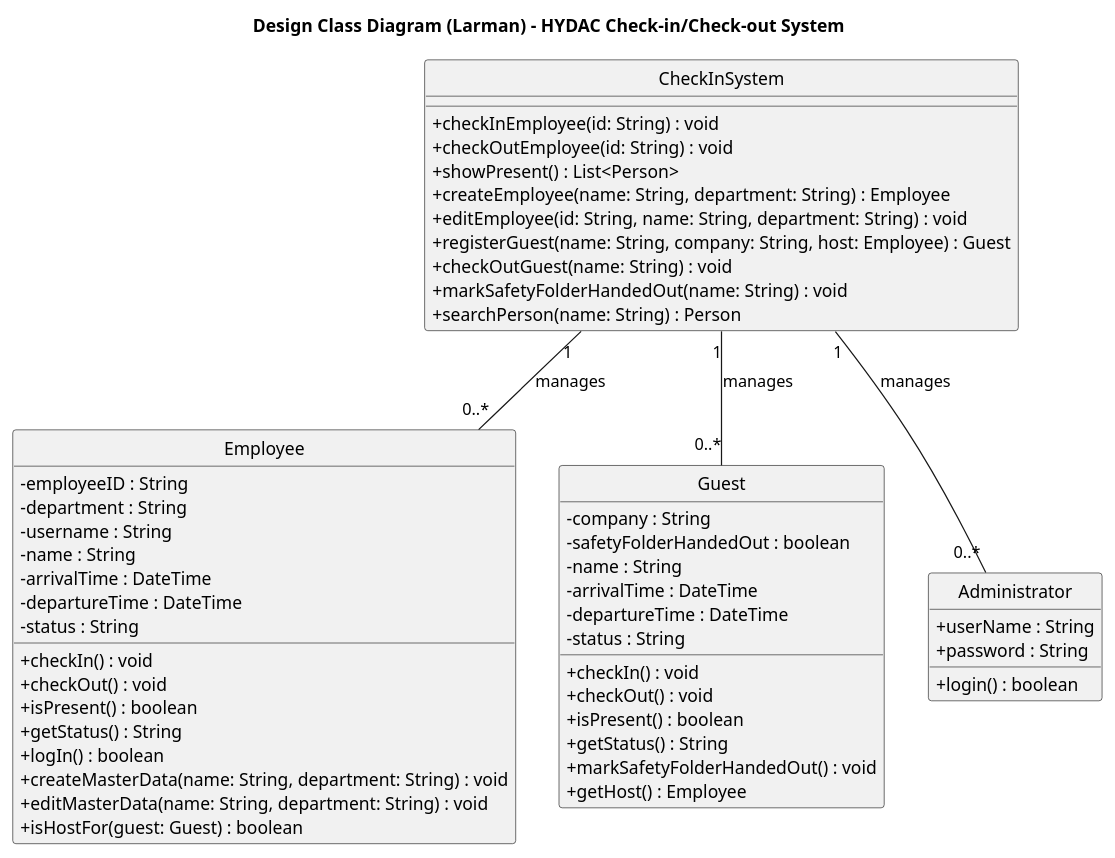
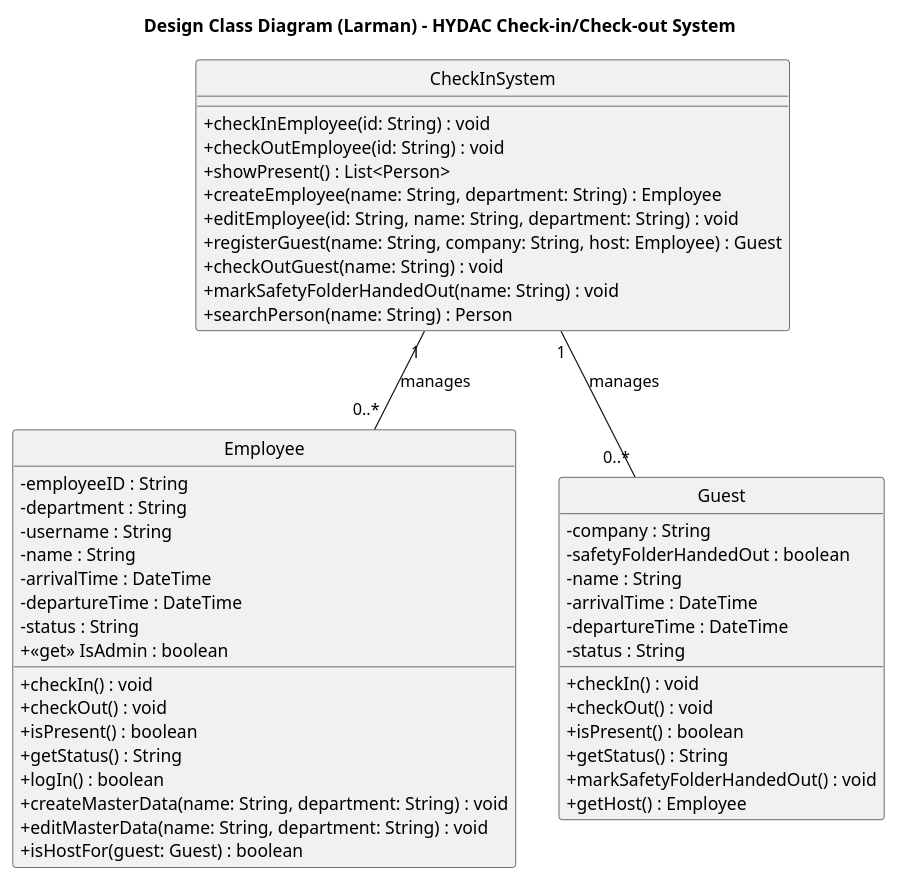
One commit to albla20/HydacTeamA4 changed the diagram in Artifacts/DesignClassDiagram(English).puml. Above: the diagram before and after it, drawn with PlantUML. The commit also changed 2 other files, not shown here.

Commit message:
Ændret i designklasserne samlet admin under employee og medarbejder

```diff
--- a/Artifacts/DesignClassDiagram(English).puml
+++ b/Artifacts/DesignClassDiagram(English).puml
@@ -1,66 +1,61 @@
 @startuml DesignClassDiagram
 title Design Class Diagram (Larman) - HYDAC Check-in/Check-out System
 
 hide circle
 skinparam classAttributeIconSize 0
 hide emptymembers
 
 class CheckInSystem {
   + checkInEmployee(id: String) : void
   + checkOutEmployee(id: String) : void
   + showPresent() : List<Person>
   + createEmployee(name: String, department: String) : Employee
   + editEmployee(id: String, name: String, department: String) : void
   + registerGuest(name: String, company: String, host: Employee) : Guest
   + checkOutGuest(name: String) : void
   + markSafetyFolderHandedOut(name: String) : void
   + searchPerson(name: String) : Person
 }
 
 class Employee {
   - employeeID : String
   - department : String
   - username : String
   - name : String
   - arrivalTime : DateTime
   - departureTime : DateTime
   - status : String
+  + <<get>> IsAdmin : boolean
   + checkIn() : void
   + checkOut() : void
   + isPresent() : boolean
   + getStatus() : String
   + logIn() : boolean
   + createMasterData(name: String, department: String) : void
   + editMasterData(name: String, department: String) : void
   + isHostFor(guest: Guest) : boolean
 }
 
 class Guest {
   - company : String
   - safetyFolderHandedOut : boolean
   - name : String
   - arrivalTime : DateTime
   - departureTime : DateTime
   - status : String
   + checkIn() : void
   + checkOut() : void
   + isPresent() : boolean
   + getStatus() : String
   + markSafetyFolderHandedOut() : void
   + getHost() : Employee
 }
 
-class Administrator {
-  + userName : String
-  + password : String
-  + login() : boolean
-}
-CheckInSystem "1" -- "0..*" Administrator : manages
 CheckInSystem "1" -- "0..*" Employee : manages
 CheckInSystem "1" -- "0..*" Guest : manages
 
 
 
 
 
 @enduml
```
